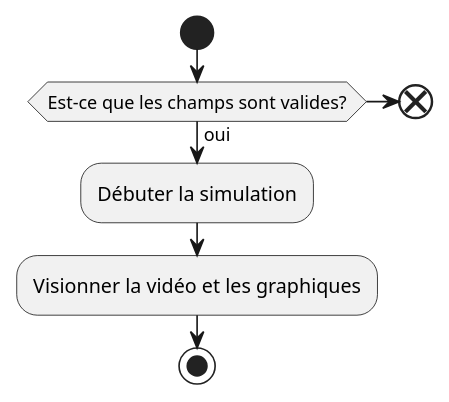
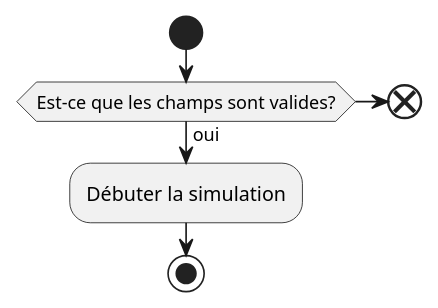
Before and after one commit to SamuelGuerin/GrandsProphetes: the diagram in Documentation/Analyse/UseCases/UC01.md, drawn with PlantUML. The commit also changed other lines of this file and 14 other files, not shown here.

````diff
--- a/Documentation/Analyse/UseCases/UC01.md
+++ b/Documentation/Analyse/UseCases/UC01.md
@@ -14,11 +18,10 @@
 ```plantuml
 start
 
     if (Est-ce que les champs sont valides?) then (oui)
     :Débuter la simulation;
     else ()
         end
     endif
-    :Visionner la vidéo et les graphiques;
 stop
 ```
````
